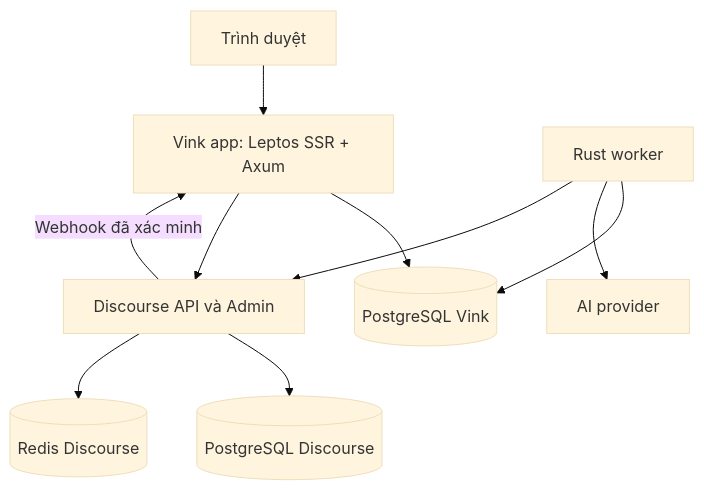
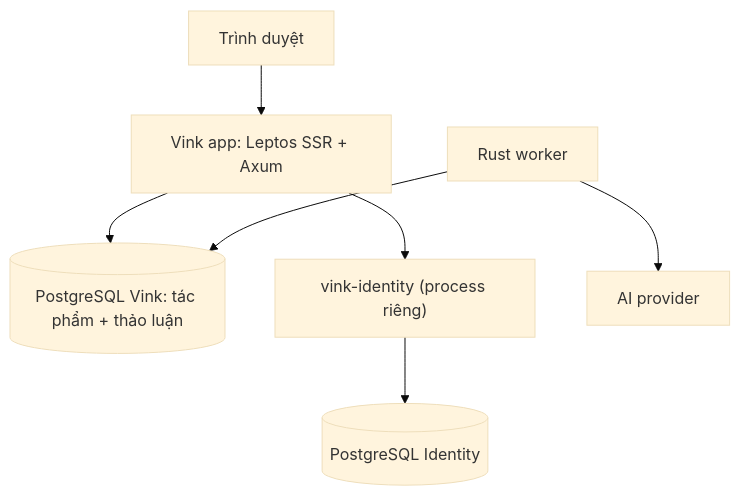
The diagram in docs/architecture/tech-stack.md (loveoverflowcom/vink), drawn with Mermaid (base theme) before and after one commit. The commit also changed other lines of this file and 27 other files, not shown here.

First line of the commit message:
docs(discussion): Chốt Vink sở hữu bình luận, Discourse chỉ để tham khảo

````diff
--- a/docs/architecture/tech-stack.md
+++ b/docs/architecture/tech-stack.md
@@ -60,12 +65,9 @@
 ```mermaid
 flowchart TB
     Browser["Trình duyệt"] --> App["Vink app: Leptos SSR + Axum"]
-    App --> VDB[("PostgreSQL Vink")]
-    App --> Discourse["Discourse API và Admin"]
+    App --> VDB[("PostgreSQL Vink: tác phẩm + thảo luận")]
+    App --> Identity["vink-identity (process riêng)"]
+    Identity --> IDB[("PostgreSQL Identity")]
     Worker["Rust worker"] --> VDB
     Worker --> AI["AI provider"]
-    Worker --> Discourse
-    Discourse --> DDB[("PostgreSQL Discourse")]
-    Discourse --> Redis[("Redis Discourse")]
-    Discourse -->|"Webhook đã xác minh"| App
 ```
````
